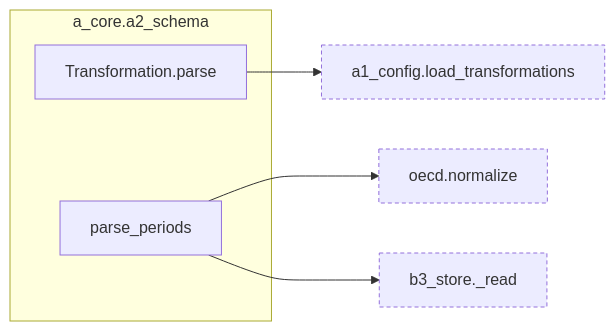
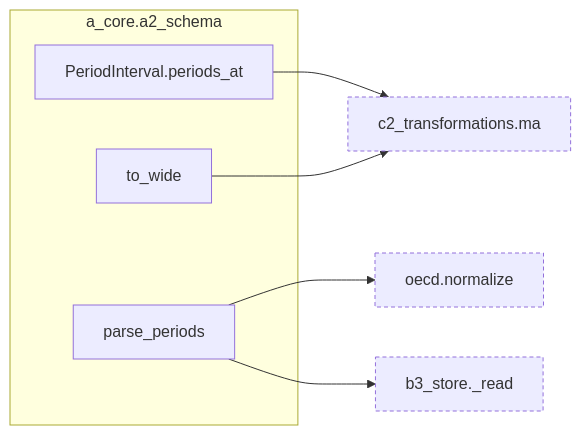
One commit to bsawyerg15/MacroScan changed the fourth of 16 diagrams in docs/architecture.md. Above: the diagram before and after it, drawn with Mermaid. The commit also changed other lines of this file and 9 other files, not shown here.

````diff
--- a/docs/architecture.md
+++ b/docs/architecture.md
@@ -376,19 +366,22 @@
 ```mermaid
 flowchart LR
   subgraph this["a_core.a2_schema"]
-    n_a_core_a2_schema_Transformation_parse["Transformation.parse"]
+    n_a_core_a2_schema_PeriodInterval_periods_at["PeriodInterval.periods_at"]
     n_a_core_a2_schema_parse_periods["parse_periods"]
+    n_a_core_a2_schema_to_wide["to_wide"]
   end
-  n_a_core_a1_config_load_transformations["a1_config.load_transformations"]:::ext
   n_b_ingest_b1_sources_oecd_normalize["oecd.normalize"]:::ext
   n_b_ingest_b3_store__read["b3_store._read"]:::ext
-  n_a_core_a2_schema_Transformation_parse --> n_a_core_a1_config_load_transformations
+  n_c_transform_c2_transformations_ma["c2_transformations.ma"]:::ext
   n_a_core_a2_schema_parse_periods --> n_b_ingest_b1_sources_oecd_normalize
   n_a_core_a2_schema_parse_periods --> n_b_ingest_b3_store__read
-  click n_a_core_a1_config_load_transformations href "#fn-a_core-a1_config-load_transformations"
-  click n_a_core_a2_schema_Transformation_parse href "#fn-a_core-a2_schema-Transformation.parse"
+  n_a_core_a2_schema_PeriodInterval_periods_at --> n_c_transform_c2_transformations_ma
+  n_a_core_a2_schema_to_wide --> n_c_transform_c2_transformations_ma
+  click n_a_core_a2_schema_PeriodInterval_periods_at href "#fn-a_core-a2_schema-PeriodInterval.periods_at"
   click n_a_core_a2_schema_parse_periods href "#fn-a_core-a2_schema-parse_periods"
+  click n_a_core_a2_schema_to_wide href "#fn-a_core-a2_schema-to_wide"
   click n_b_ingest_b1_sources_oecd_normalize href "#fn-b_ingest-b1_sources-oecd-normalize"
   click n_b_ingest_b3_store__read href "#fn-b_ingest-b3_store-_read"
+  click n_c_transform_c2_transformations_ma href "#fn-c_transform-c2_transformations-ma"
   classDef ext stroke-dasharray: 4 3
 ```
````
